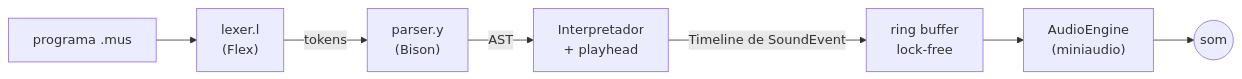
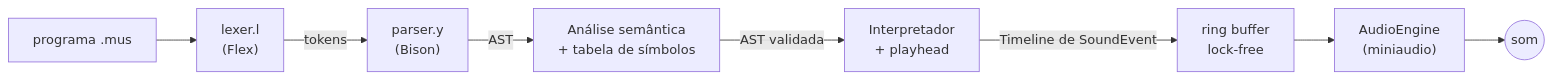
Before and after one commit to Interpretador-Musical/Grupo03-COMP01: the diagram in docs/arquitetura.md, drawn with Mermaid. The commit also changed other lines of this file and 19 other files, not shown here.

First line of the commit message:
feat(cmp-13): tabela de símbolos e análise semântica

````diff
--- a/docs/arquitetura.md
+++ b/docs/arquitetura.md
@@ -12,9 +12,10 @@
 ```mermaid
 flowchart LR
   A["programa .mus"] --> B["lexer.l<br/>(Flex)"]
   B -- tokens --> C["parser.y<br/>(Bison)"]
-  C -- AST --> D["Interpretador<br/>+ playhead"]
+  C -- AST --> S["Análise semântica<br/>+ tabela de símbolos"]
+  S -- "AST validada" --> D["Interpretador<br/>+ playhead"]
   D -- "Timeline de SoundEvent" --> E["ring buffer<br/>lock-free"]
   E --> F["AudioEngine<br/>(miniaudio)"]
   F --> G(("som"))
 ```
````
